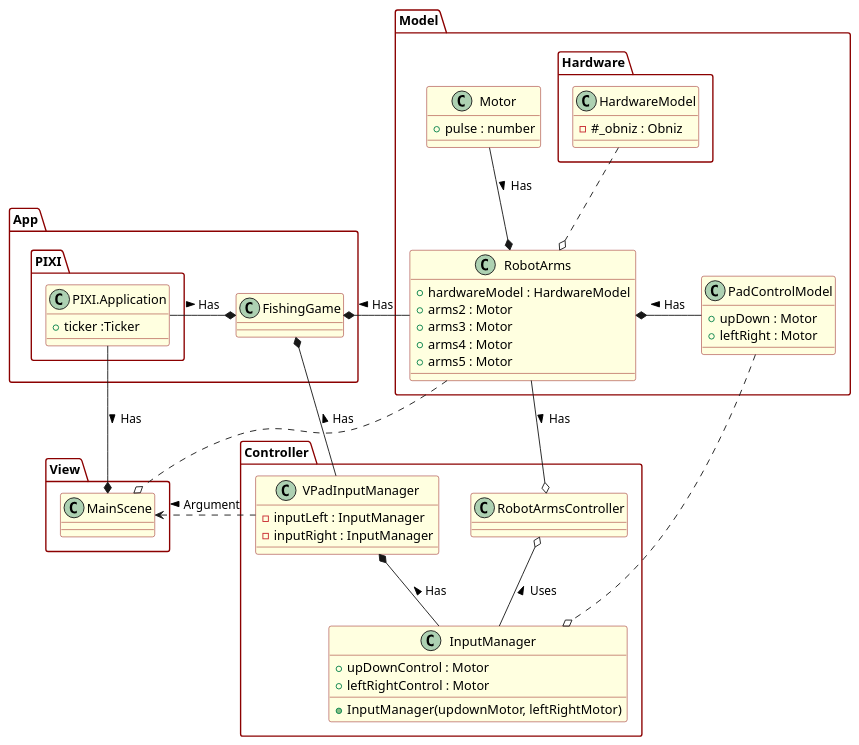
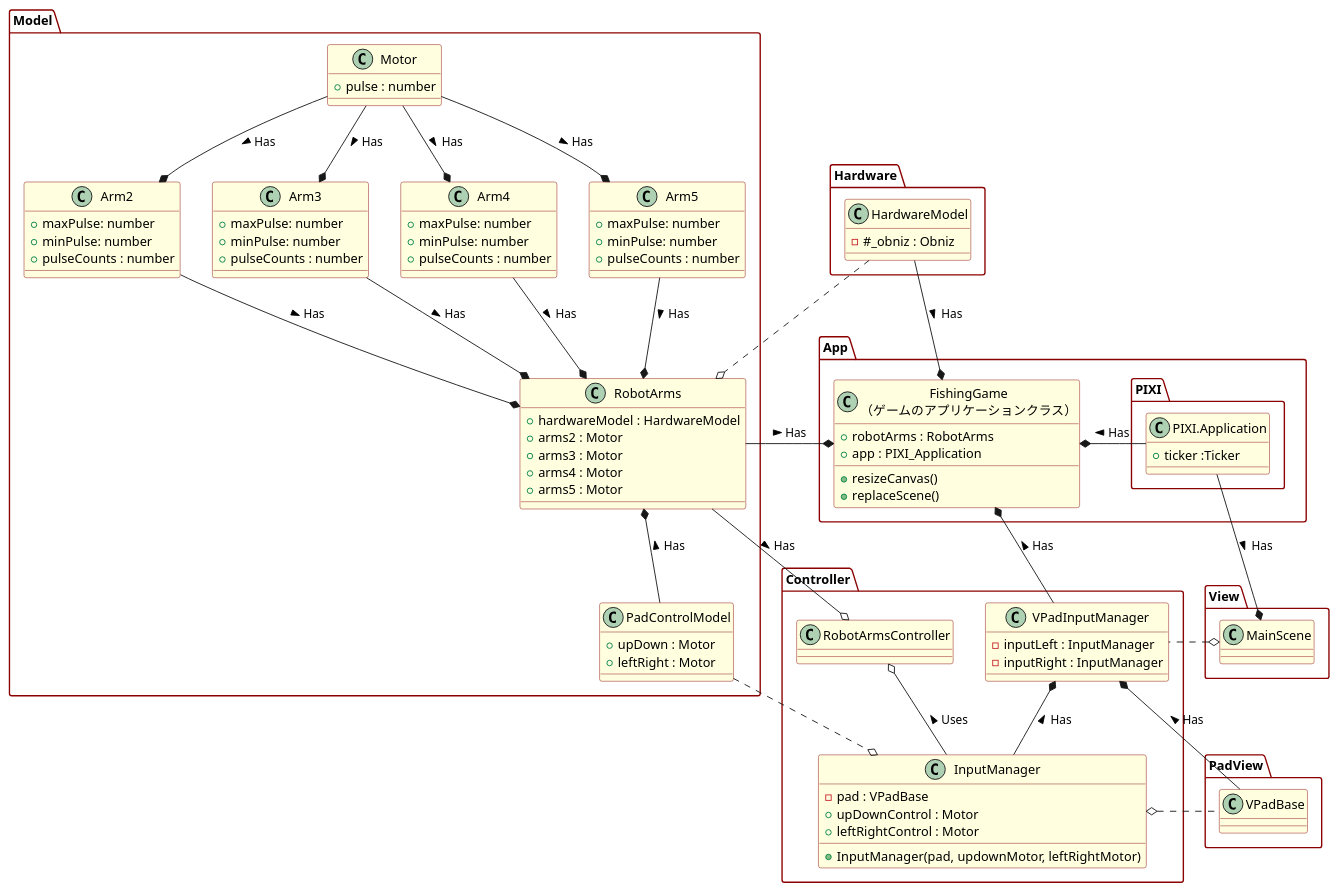
Before and after one commit to nakagawa-takayoshi/FishingGame: the second of 5 diagrams in documents/設計書.md, drawn with PlantUML. The commit also changed other lines of this file and 4 other files, not shown here.

```diff
--- a/documents/設計書.md
+++ b/documents/設計書.md
@@ -89,9 +89,13 @@
 
 package App {
 
+    class "FishingGame\n（ゲームのアプリケーションクラス）" as FishingGame
     class FishingGame
     {
-
+        + robotArms : RobotArms
+        + app : PIXI_Application
+        + resizeCanvas()
+        + replaceScene()
     }
 
     package PIXI {
@@ -114,10 +118,18 @@
     {
 
     }
+
 }
 
 
 PIXI_Application -down-* MainScene : Has >
+
+package PadView {
+    class VPadBase 
+    {
+
+    }
+}
 
 package Controller {
     class RobotArmsController
@@ -127,9 +139,10 @@
 
     class InputManager
     {
+        - pad : VPadBase
         + upDownControl : Motor
         + leftRightControl : Motor
-        + InputManager(updownMotor, leftRightMotor)
+        + InputManager(pad, updownMotor, leftRightMotor)
     }
 
 
@@ -140,18 +153,24 @@
 
     }
 
+
     InputManager -up-* VPadInputManager : Has >
     InputManager -up-o RobotArmsController : Uses >
+    VPadBase -up-* VPadInputManager : Has >
+    VPadBase ..left..o InputManager
+
 }
 
+package Hardware {
+    class HardwareModel
+    {
+        - #_obniz : Obniz
+    }
+}
+
+HardwareModel -down-* FishingGame : Has >
 
 package Model {
-    package Hardware {
-        class HardwareModel
-        {
-            - #_obniz : Obniz
-        }
-    }
 
     class RobotArms
     {
@@ -162,33 +181,65 @@
         + arms5 : Motor
     }
 
+    HardwareModel .down.o RobotArms
+
+    class Arm2 {
+        + maxPulse: number
+        + minPulse: number
+        + pulseCounts : number
+    }
+
+    class Arm3 {
+        + maxPulse: number
+        + minPulse: number
+        + pulseCounts : number
+    }
+
+    class Arm4 {
+        + maxPulse: number
+        + minPulse: number
+        + pulseCounts : number
+    }
+
+    class Arm5 {
+        + maxPulse: number
+        + minPulse: number
+        + pulseCounts : number
+    }
 
     class Motor
     {
         + pulse : number
     }
 
-    class PadControlModel
+    class PadControlModel 
     {
         + upDown : Motor
         + leftRight : Motor
     }
     
+    Motor -down-* Arm2 : Has >
+    Motor -down-* Arm3 : Has >
+    Motor -down-* Arm4 : Has >
+    Motor -down-* Arm5 : Has >
     
-    Motor -down-* RobotArms : Has >
+    Arm2 -down-* RobotArms : Has >
+    Arm3 -down-* RobotArms : Has >
+    Arm4 -down-* RobotArms : Has >
+    Arm5 -down-* RobotArms : Has >
 
-    PadControlModel -left-* RobotArms : Has >
+
+    PadControlModel -up-* RobotArms : Has >
     PadControlModel .down.o InputManager
-    HardwareModel .down.o RobotArms
 
 }
+
 
 RobotArms -down-o RobotArmsController : Has >
 RobotArms -left-* FishingGame : Has >
 
-VPadInputManager .left.> MainScene : Argument >
+VPadInputManager .left.o MainScene 
 VPadInputManager -up-* FishingGame : Has >
-RobotArms .down.o MainScene
 
 
 @enduml
```
